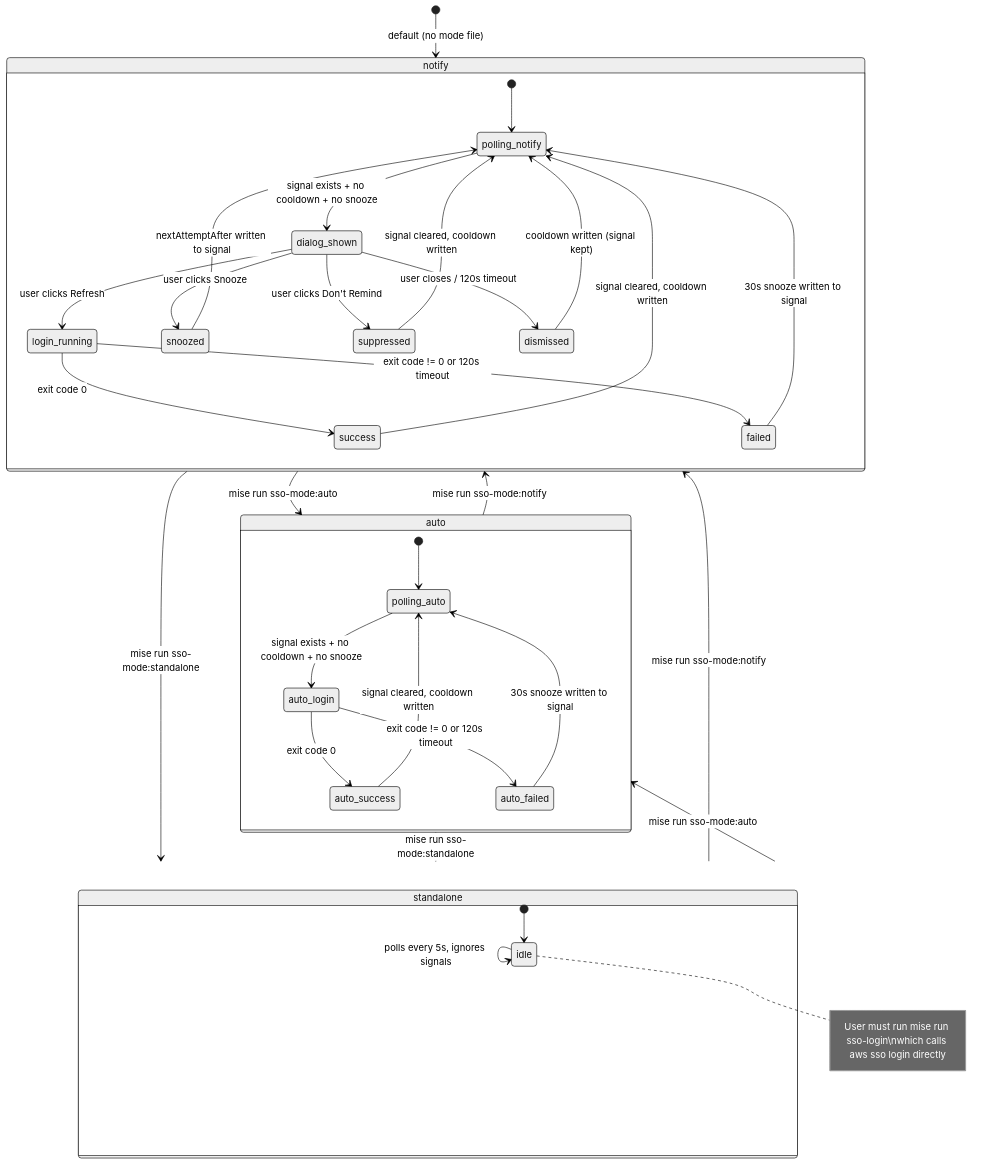
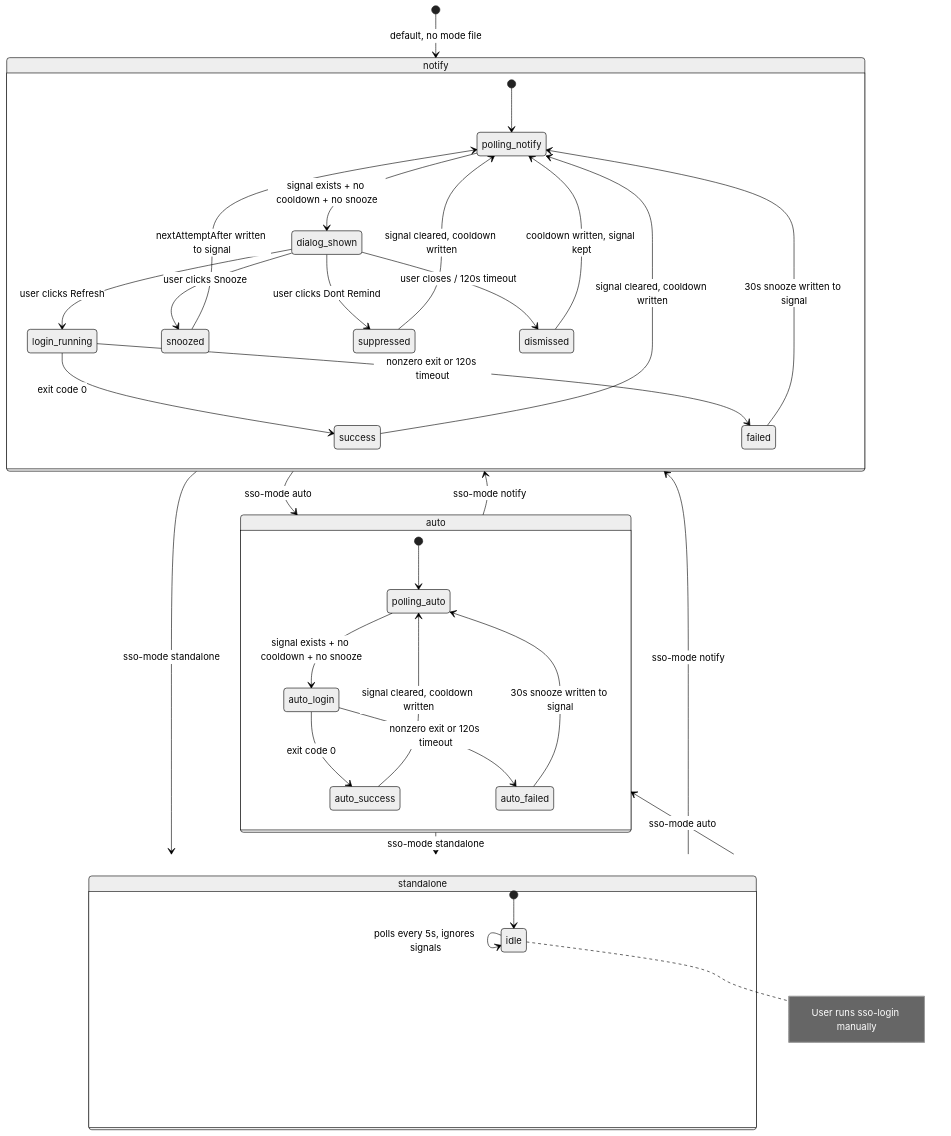
One commit to rp-arielrodriguez/bazel-aws-maven-proxy changed the first of 3 diagrams in docs/state-machine.md. Above: the diagram before and after it, drawn with Mermaid (neutral theme). The commit also changed other lines of this file, not shown here.

Commit message:
fix mermaid syntax: remove colons/parens/apostrophes from transition labels

````diff
--- a/docs/state-machine.md
+++ b/docs/state-machine.md
@@ -9,42 +9,44 @@
 ```mermaid
 stateDiagram-v2
-    [*] --> notify : default (no mode file)
+    [*] --> notify : default, no mode file
 
-    notify --> auto : mise run sso-mode:auto
-    notify --> standalone : mise run sso-mode:standalone
-    auto --> notify : mise run sso-mode:notify
-    auto --> standalone : mise run sso-mode:standalone
-    standalone --> notify : mise run sso-mode:notify
-    standalone --> auto : mise run sso-mode:auto
+    notify --> auto : sso-mode auto
+    notify --> standalone : sso-mode standalone
+    auto --> notify : sso-mode notify
+    auto --> standalone : sso-mode standalone
+    standalone --> notify : sso-mode notify
+    standalone --> auto : sso-mode auto
 
     state notify {
         [*] --> polling_notify
         polling_notify --> dialog_shown : signal exists + no cooldown + no snooze
         dialog_shown --> login_running : user clicks Refresh
         dialog_shown --> snoozed : user clicks Snooze
-        dialog_shown --> suppressed : user clicks Don't Remind
+        dialog_shown --> suppressed : user clicks Dont Remind
         dialog_shown --> dismissed : user closes / 120s timeout
         login_running --> success : exit code 0
-        login_running --> failed : exit code != 0 or 120s timeout
+        login_running --> failed : nonzero exit or 120s timeout
         success --> polling_notify : signal cleared, cooldown written
         failed --> polling_notify : 30s snooze written to signal
         snoozed --> polling_notify : nextAttemptAfter written to signal
         suppressed --> polling_notify : signal cleared, cooldown written
-        dismissed --> polling_notify : cooldown written (signal kept)
+        dismissed --> polling_notify : cooldown written, signal kept
     }
 
     state auto {
         [*] --> polling_auto
         polling_auto --> auto_login : signal exists + no cooldown + no snooze
         auto_login --> auto_success : exit code 0
-        auto_login --> auto_failed : exit code != 0 or 120s timeout
+        auto_login --> auto_failed : nonzero exit or 120s timeout
         auto_success --> polling_auto : signal cleared, cooldown written
         auto_failed --> polling_auto : 30s snooze written to signal
     }
 
     state standalone {
         [*] --> idle
         idle --> idle : polls every 5s, ignores signals
-        note right of idle : User must run mise run sso-login\nwhich calls aws sso login directly
+        note right of idle
+            User runs sso-login manually
+        end note
     }
 ```
````
